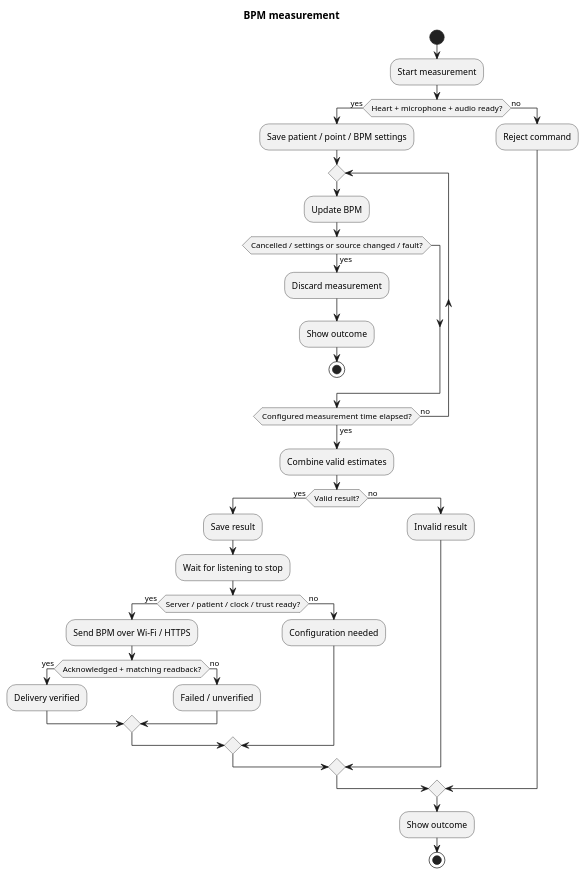
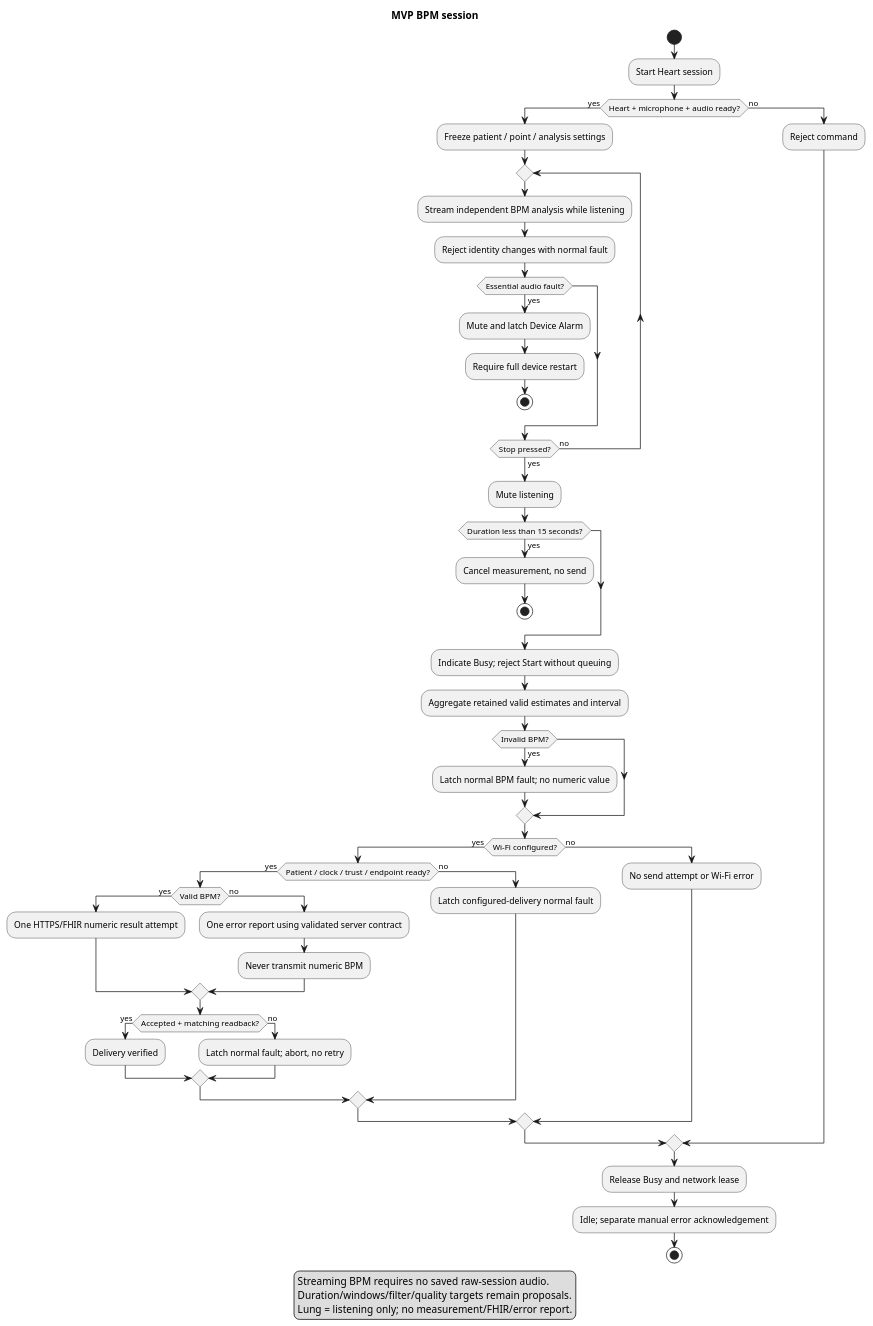
One commit to DemonicPsychoII/DigitalStethoscope changed the diagram in Development/system/architecture/measurement-workflow.puml. Above: the diagram before and after it, drawn with PlantUML. The commit also changed 21 other files, not shown here.

First line of the commit message:
Record MVP decisions and component implementation timeline

```diff
--- a/Development/system/architecture/measurement-workflow.puml
+++ b/Development/system/architecture/measurement-workflow.puml
@@ -1,39 +1,58 @@
 @startuml measurement_workflow
 skinparam shadowing false
 skinparam defaultFontName SansSerif
-title BPM measurement
+title MVP BPM session
 start
-:Start measurement;
+:Start Heart session;
 if (Heart + microphone + audio ready?) then (yes)
- :Save patient / point / BPM settings;
+ :Freeze patient / point / analysis settings;
  repeat
-  :Update BPM;
-  if (Cancelled / settings or source changed / fault?) then (yes)
-   :Discard measurement;
-   :Show outcome;
+  :Stream independent BPM analysis while listening;
+  :Reject identity changes with normal fault;
+  if (Essential audio fault?) then (yes)
+   :Mute and latch Device Alarm;
+   :Require full device restart;
    stop
   endif
- repeat while (Configured measurement time elapsed?) is (no) not (yes)
- :Combine valid estimates;
- if (Valid result?) then (yes)
-  :Save result;
-  :Wait for listening to stop;
-  if (Server / patient / clock / trust ready?) then (yes)
-   :Send BPM over Wi-Fi / HTTPS;
-   if (Acknowledged + matching readback?) then (yes)
+ repeat while (Stop pressed?) is (no) not (yes)
+ :Mute listening;
+ if (Duration less than 15 seconds?) then (yes)
+  :Cancel measurement, no send;
+  stop
+ endif
+ :Indicate Busy; reject Start without queuing;
+ :Aggregate retained valid estimates and interval;
+ if (Invalid BPM?) then (yes)
+  :Latch normal BPM fault; no numeric value;
+ endif
+ if (Wi-Fi configured?) then (yes)
+  if (Patient / clock / trust / endpoint ready?) then (yes)
+   if (Valid BPM?) then (yes)
+    :One HTTPS/FHIR numeric result attempt;
+   else (no)
+    :One error report using validated server contract;
+    :Never transmit numeric BPM;
+   endif
+   if (Accepted + matching readback?) then (yes)
     :Delivery verified;
    else (no)
-    :Failed / unverified;
+    :Latch normal fault; abort, no retry;
    endif
   else (no)
-   :Configuration needed;
+   :Latch configured-delivery normal fault;
   endif
  else (no)
-  :Invalid result;
+  :No send attempt or Wi-Fi error;
  endif
 else (no)
  :Reject command;
 endif
-:Show outcome;
+:Release Busy and network lease;
+:Idle; separate manual error acknowledgement;
 stop
+legend bottom
+  Streaming BPM requires no saved raw-session audio.
+  Duration/windows/filter/quality targets remain proposals.
+  Lung = listening only; no measurement/FHIR/error report.
+endlegend
 @enduml
```
